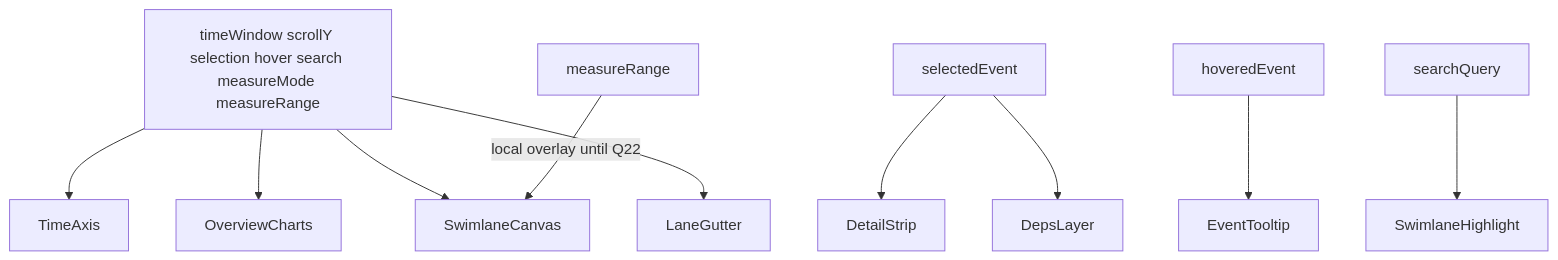
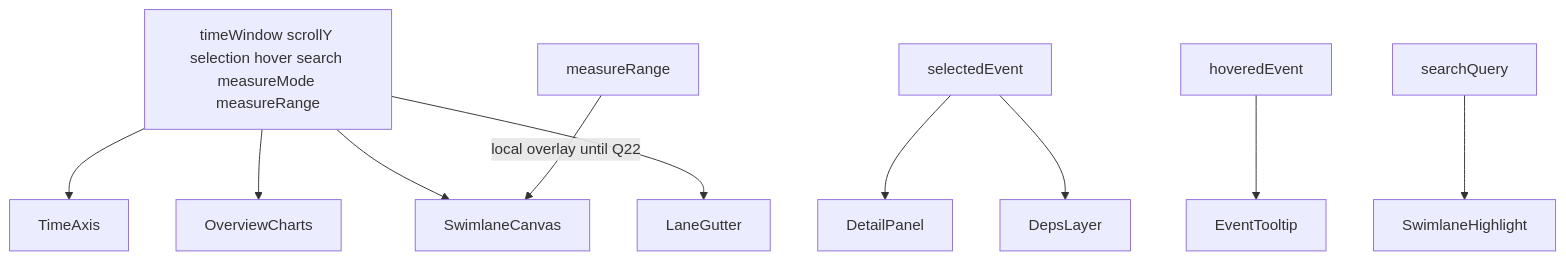
The diagram in docs/ui/UX_SPEC.md (IdeFrontend/profiling-report), drawn with Mermaid before and after one commit. The commit also changed other lines of this file and 98 other files, not shown here.

````diff
--- a/docs/ui/UX_SPEC.md
+++ b/docs/ui/UX_SPEC.md
@@ -212,13 +212,13 @@
 ```mermaid
 flowchart TB
   ViewState["timeWindow scrollY selection hover search measureMode measureRange"]
   ViewState --> TimeAxis
   ViewState --> OverviewCharts
   ViewState --> SwimlaneCanvas
   ViewState --> LaneGutter
-  Selection["selectedEvent"] --> DetailStrip
+  Selection["selectedEvent"] --> DetailPanel
   Selection --> DepsLayer
   Hover["hoveredEvent"] --> EventTooltip
   Search["searchQuery"] --> SwimlaneHighlight
   Measure["measureRange"] -->|"local overlay until Q22"| SwimlaneCanvas
 ```
````
